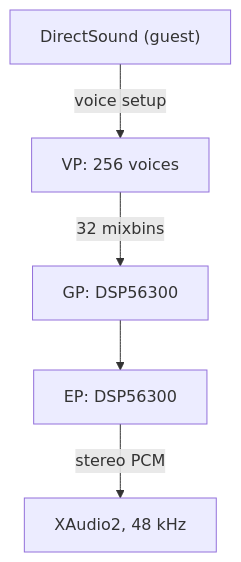
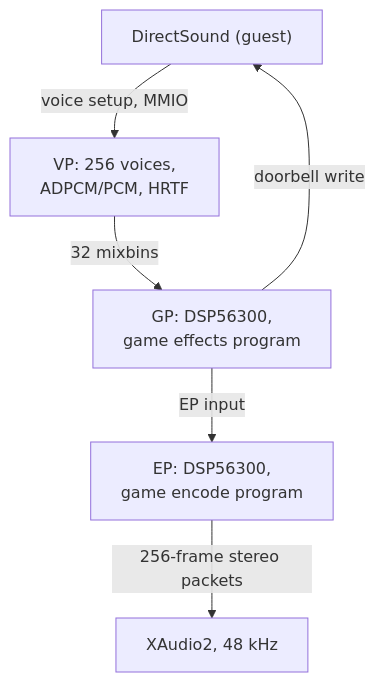
Before and after one commit to Modded-Software/xboxrecomp: the diagram in README.md, drawn with Mermaid. The commit also changed other lines of this file, not shown here.

````diff
--- a/README.md
+++ b/README.md
@@ -23,7 +54,8 @@
 ```mermaid
 flowchart TB
-    ds["DirectSound (guest)"] -->|voice setup| vp["VP: 256 voices"]
-    vp -->|32 mixbins| gp["GP: DSP56300"]
-    gp --> ep["EP: DSP56300"]
-    ep -->|stereo PCM| xa2["XAudio2, 48 kHz"]
+    ds["DirectSound (guest)"] -->|voice setup, MMIO| vp["VP: 256 voices,<br/>ADPCM/PCM, HRTF"]
+    vp -->|32 mixbins| gp["GP: DSP56300,<br/>game effects program"]
+    gp -->|EP input| ep["EP: DSP56300,<br/>game encode program"]
+    ep -->|256-frame stereo packets| xa2["XAudio2, 48 kHz"]
+    gp -->|doorbell write| ds
 ```
````
